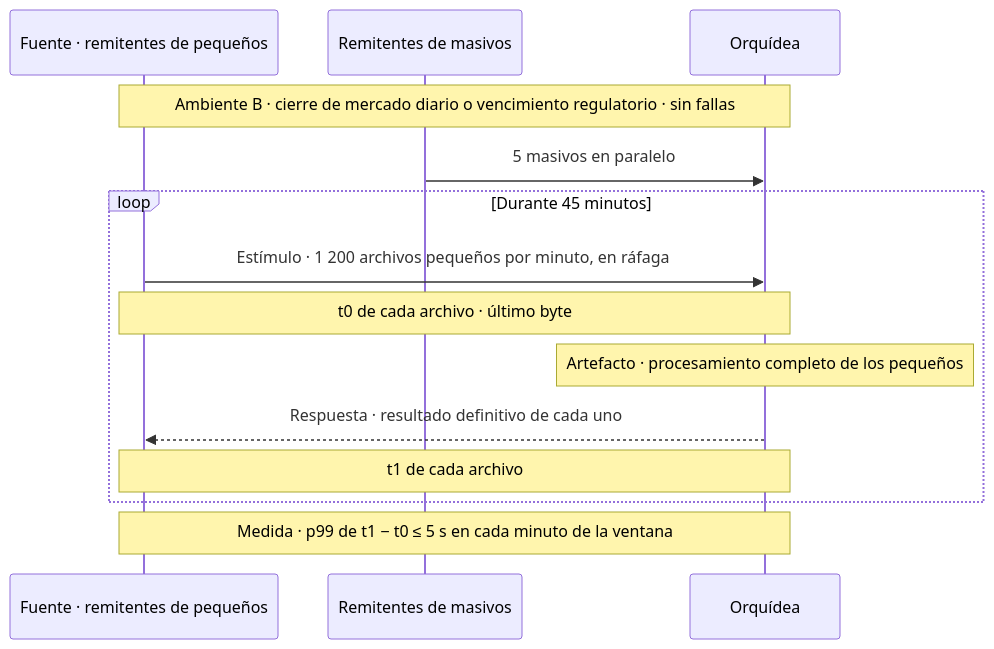
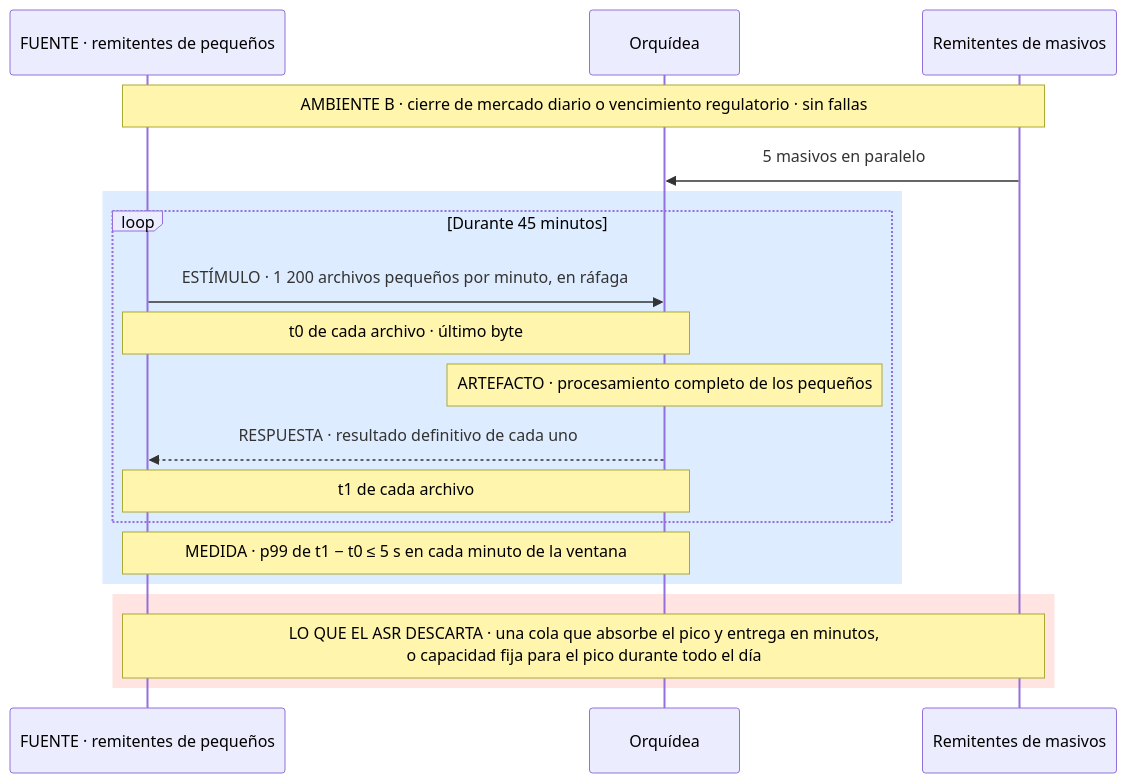
One commit to MATI-MBIT/arqsoft-reto-4 changed the sixth of 17 diagrams in docs/quality-attributes.md. Above: the diagram before and after it, drawn with Mermaid. The commit also changed other lines of this file, not shown here.

Commit message:
Rediseña los diagramas de los ASR: banda de lo medido y banda de lo que el ASR descarta

````diff
--- a/docs/quality-attributes.md
+++ b/docs/quality-attributes.md
@@ -304,16 +336,21 @@
 ```mermaid
 sequenceDiagram
-    participant R as Fuente · remitentes de pequeños
+    participant R as FUENTE · remitentes de pequeños
+    participant O as Orquídea
     participant M as Remitentes de masivos
-    participant O as Orquídea
-    Note over R,O: Ambiente B · cierre de mercado diario o vencimiento regulatorio · sin fallas
+    Note over R,M: AMBIENTE B · cierre de mercado diario o vencimiento regulatorio · sin fallas
     M->>O: 5 masivos en paralelo
+    rect rgb(222, 236, 255)
     loop Durante 45 minutos
-        R->>O: Estímulo · 1 200 archivos pequeños por minuto, en ráfaga
+        R->>O: ESTÍMULO · 1 200 archivos pequeños por minuto, en ráfaga
         Note over R,O: t0 de cada archivo · último byte
-        Note over O: Artefacto · procesamiento completo de los pequeños
-        O-->>R: Respuesta · resultado definitivo de cada uno
+        Note over O: ARTEFACTO · procesamiento completo de los pequeños
+        O-->>R: RESPUESTA · resultado definitivo de cada uno
         Note over R,O: t1 de cada archivo
     end
-    Note over R,O: Medida · p99 de t1 − t0 ≤ 5 s en cada minuto de la ventana
+    Note over R,O: MEDIDA · p99 de t1 − t0 ≤ 5 s en cada minuto de la ventana
+    end
+    rect rgb(255, 228, 225)
+    Note over R,M: LO QUE EL ASR DESCARTA · una cola que absorbe el pico y entrega en minutos,<br/>o capacidad fija para el pico durante todo el día
+    end
 ```
````
